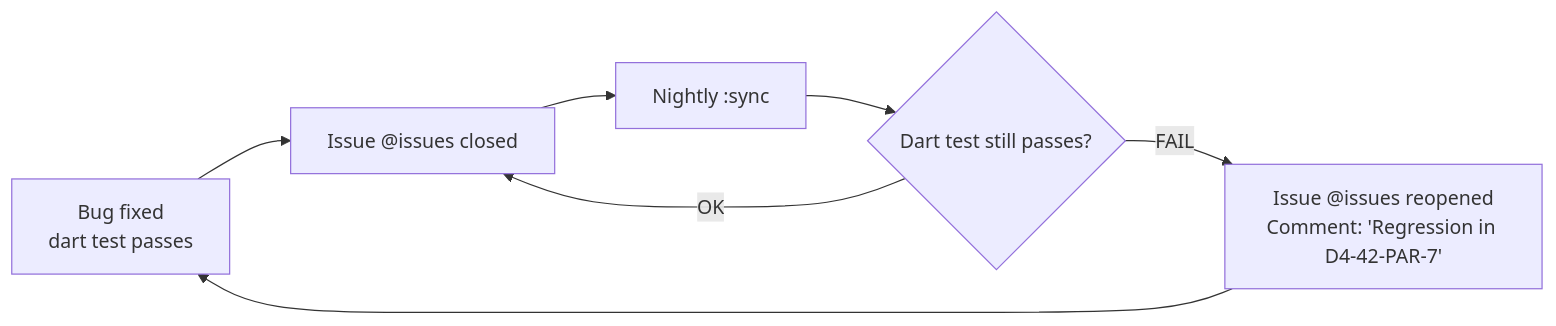
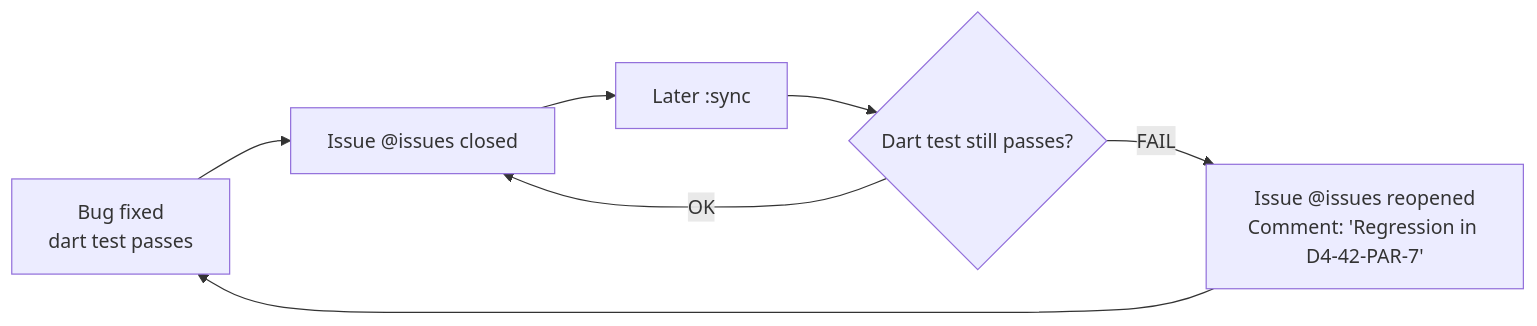
One commit to al-the-bear/tom_devops changed diagram 33 of 37 in tom_issue_kit/doc/issuekit_command_reference.md. Above: the diagram before and after it, drawn with Mermaid. The commit also changed other lines of this file and 15 other files, not shown here.

````diff
--- a/tom_issue_kit/doc/issuekit_command_reference.md
+++ b/tom_issue_kit/doc/issuekit_command_reference.md
@@ -1899,9 +1903,9 @@
 ```mermaid
 graph LR
     FIX["Bug fixed<br/>dart test passes"] --> CLOSE["Issue @issues closed"]
-    CLOSE --> NIGHT["Nightly :sync"]
+    CLOSE --> NIGHT["Later :sync"]
     NIGHT --> CHK{"Dart test still passes?"}
     CHK -->|"OK"| CLOSE
     CHK -->|"FAIL"| REOPEN["Issue @issues reopened<br/>Comment: 'Regression in D4-42-PAR-7'"]
     REOPEN --> FIX
 ```
````
